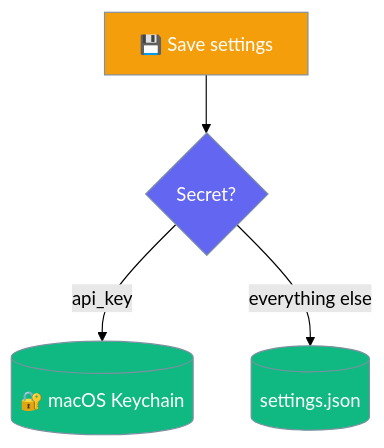
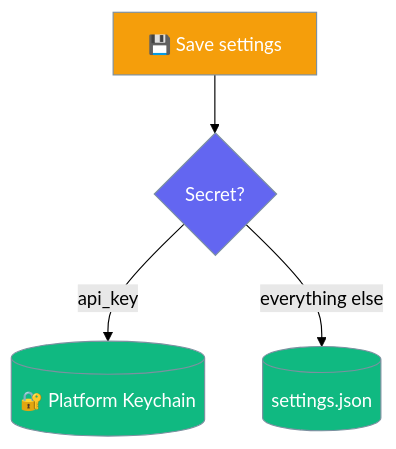
The second of 3 diagrams in docs/features/desktop/models.mdx (MervinPraison/PraisonAIDocs), drawn with Mermaid (forest theme) before and after one commit. The commit also changed other lines of this file and 7 other files, not shown here.

````diff
--- a/docs/features/desktop/models.mdx
+++ b/docs/features/desktop/models.mdx
@@ -97,14 +93,14 @@
 ```mermaid
 graph TB
     Save[💾 Save settings] --> Split{Secret?}
-    Split -->|api_key| Keychain[(🔐 macOS Keychain)]
+    Split -->|api_key| Keychain[(🔐 Platform Keychain)]
     Split -->|everything else| File[(settings.json)]
 
     classDef save fill:#F59E0B,stroke:#7C90A0,color:#fff
     classDef split fill:#6366F1,stroke:#7C90A0,color:#fff
     classDef out fill:#10B981,stroke:#7C90A0,color:#fff
 
     class Save save
     class Split split
     class Keychain,File out
 ```
````
